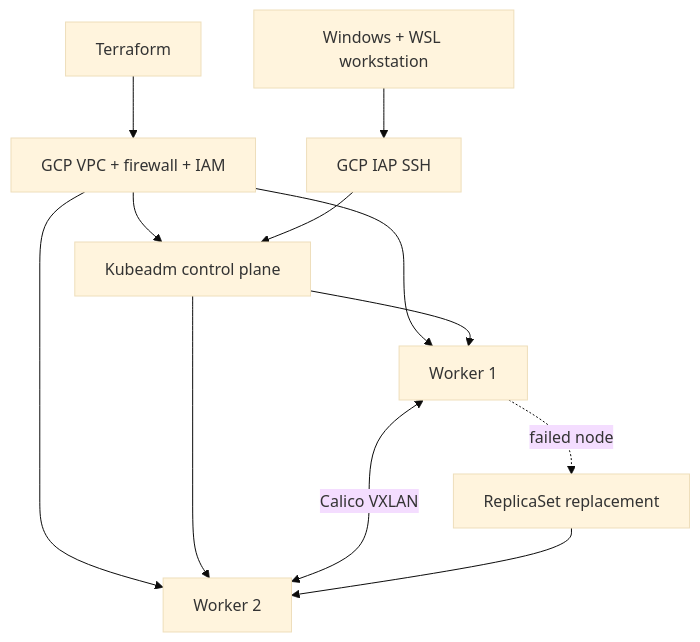
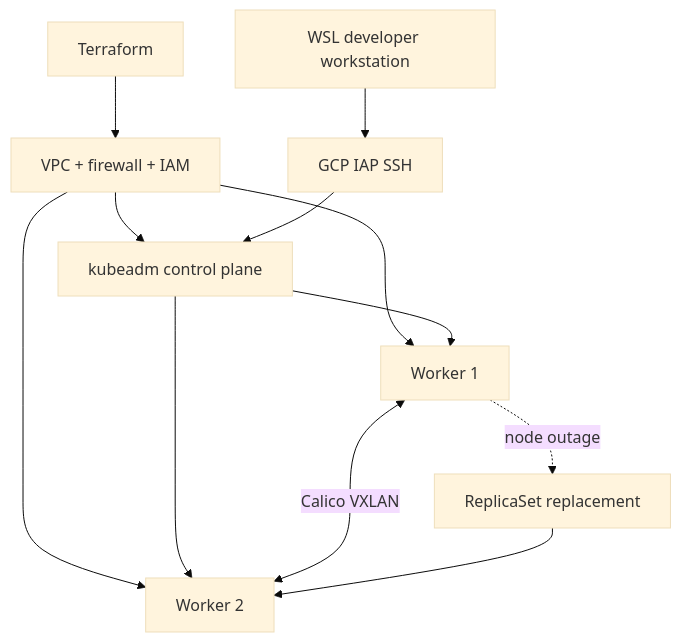
One commit to Fouad-DevOps-Projects/cloud-native-infrastructure changed the first of 2 diagrams in docs/architecture/portfolio-overview.md. Above: the diagram before and after it, drawn with Mermaid (base theme). The commit also changed other lines of this file, not shown here.

Commit message:
docs(final): align project completion and architecture with verified GKE evidence

````diff
--- a/docs/architecture/portfolio-overview.md
+++ b/docs/architecture/portfolio-overview.md
@@ -5,14 +5,14 @@
 ```mermaid
 flowchart TD
-  WSL[Windows + WSL workstation] --> IAP[GCP IAP SSH]
-  TF[Terraform] --> NET[GCP VPC + firewall + IAM]
-  NET --> CP[Kubeadm control plane]
+  WSL[WSL developer workstation] --> IAP[GCP IAP SSH]
+  TF[Terraform] --> NET[VPC + firewall + IAM]
+  NET --> CP[kubeadm control plane]
   NET --> W1[Worker 1]
   NET --> W2[Worker 2]
   IAP --> CP
   CP --> W1
   CP --> W2
   W1 <-->|Calico VXLAN| W2
-  W1 -. failed node .-> RECOVERY[ReplicaSet replacement]
+  W1 -. node outage .-> RECOVERY[ReplicaSet replacement]
   RECOVERY --> W2
 ```
````
